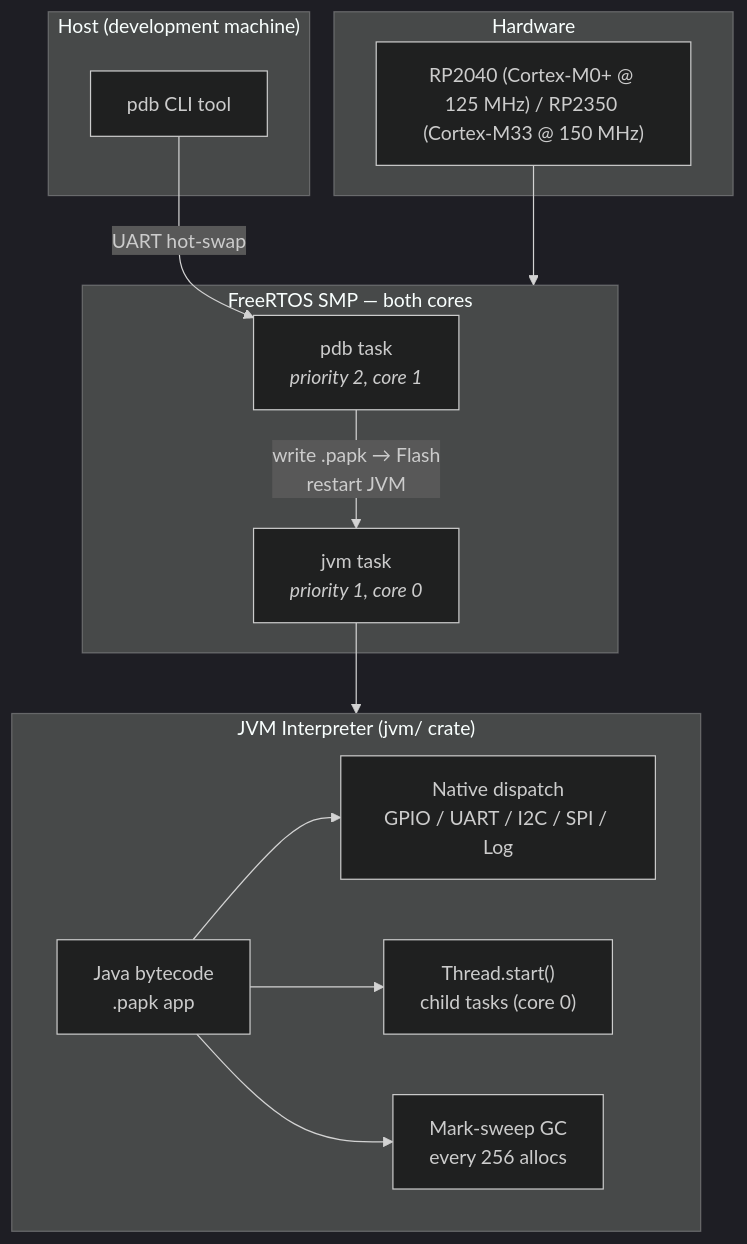
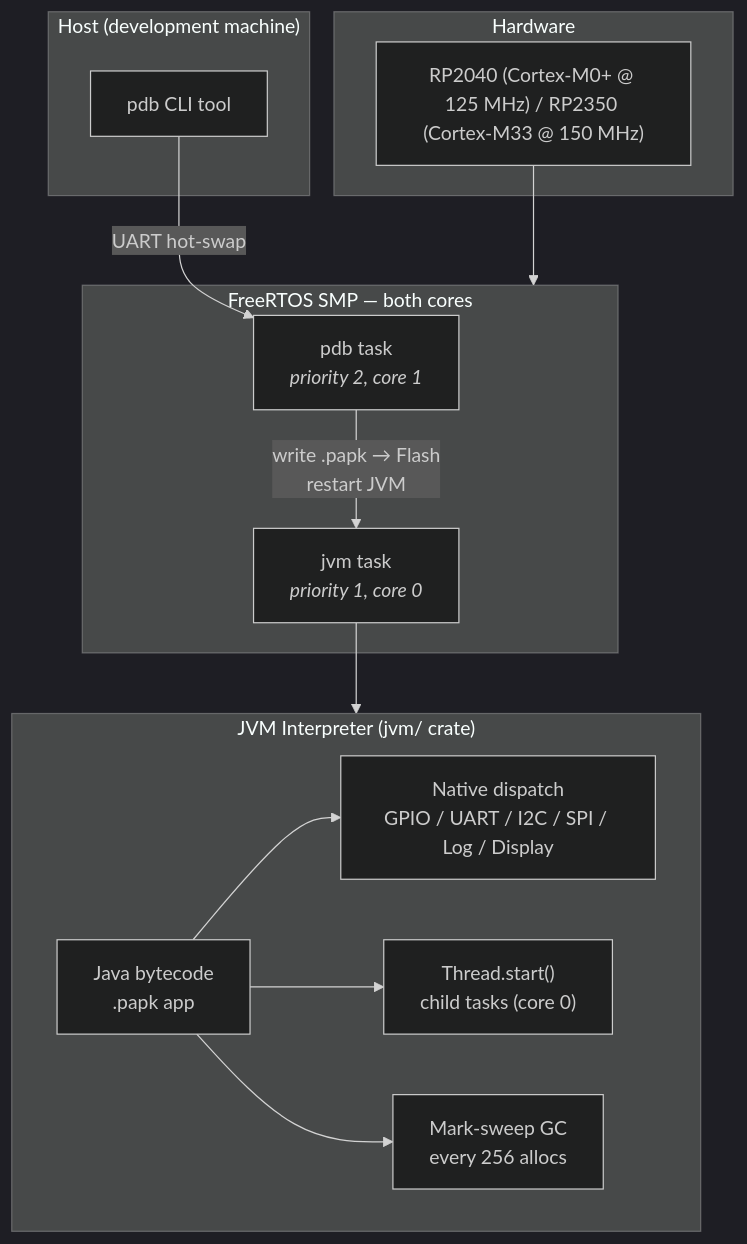
The diagram in README.md (shivrajora/picodroid-rs), drawn with Mermaid (dark theme) before and after one commit. The commit also changed other lines of this file and 5 other files, not shown here.

Commit message:
Update documentation for graphics/UI system, new language features, and Application lifecycle

````diff
--- a/README.md
+++ b/README.md
@@ -31,31 +31,31 @@
 ```mermaid
 graph TD
     subgraph Hardware
         HW["RP2040 (Cortex-M0+ @ 125 MHz) / RP2350 (Cortex-M33 @ 150 MHz)"]
     end
 
     subgraph FreeRTOS["FreeRTOS SMP — both cores"]
         PDB["pdb task<br/><i>priority 2, core 1</i>"]
         JVM_TASK["jvm task<br/><i>priority 1, core 0</i>"]
     end
 
     subgraph JVM["JVM Interpreter (jvm/ crate)"]
         BC["Java bytecode<br/>.papk app"]
-        NATIVE["Native dispatch<br/>GPIO / UART / I2C / SPI / Log"]
+        NATIVE["Native dispatch<br/>GPIO / UART / I2C / SPI / Log / Display"]
         THREADS["Thread.start()<br/>child tasks (core 0)"]
         GC["Mark-sweep GC<br/>every 256 allocs"]
     end
 
     subgraph Host["Host (development machine)"]
         PDB_CLI["pdb CLI tool"]
     end
 
     HW --> FreeRTOS
     JVM_TASK --> JVM
     BC --> NATIVE
     BC --> THREADS
     BC --> GC
 
     PDB_CLI -- "UART hot-swap" --> PDB
     PDB -- "write .papk → Flash<br/>restart JVM" --> JVM_TASK
 ```
````
